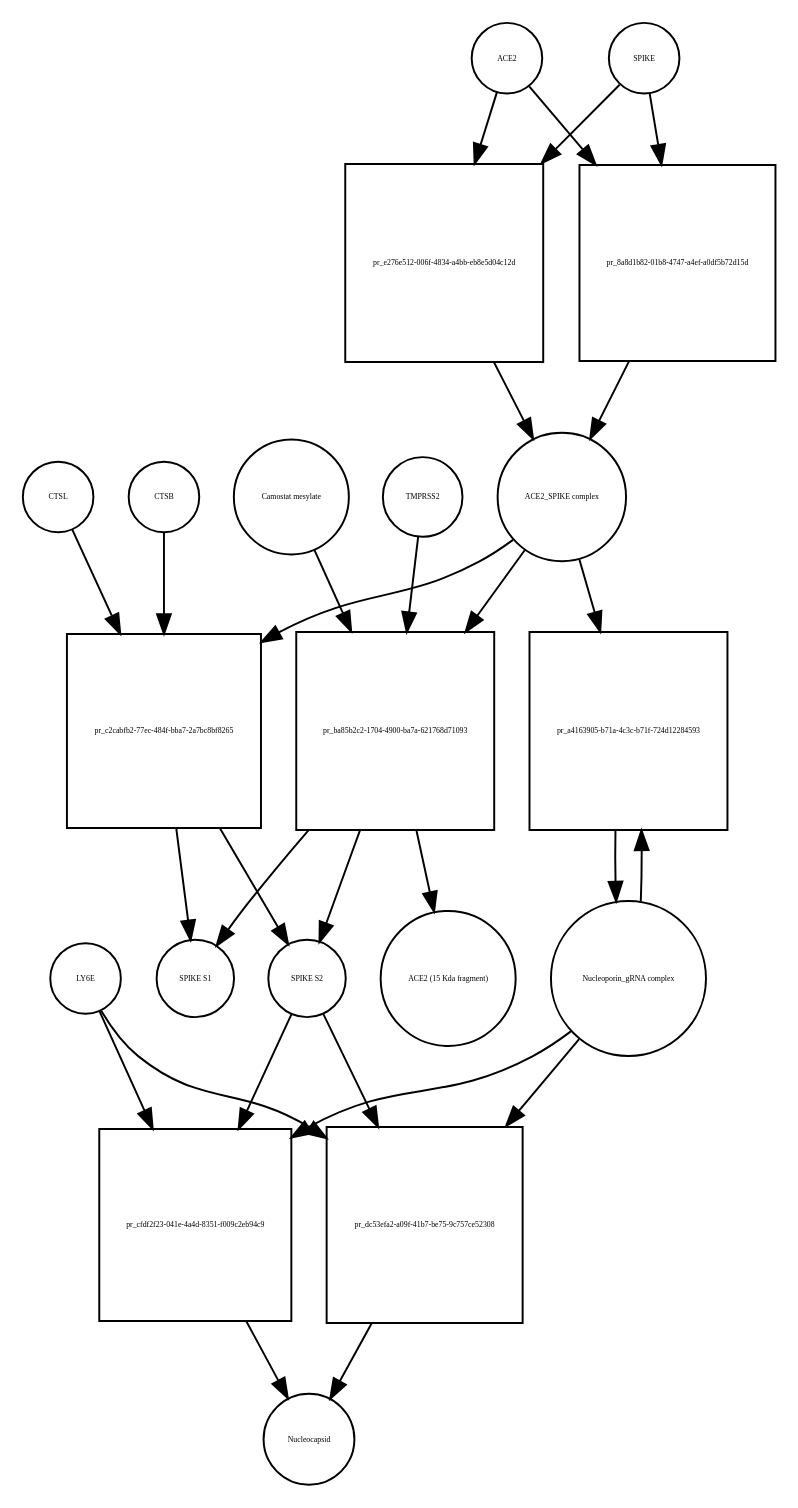
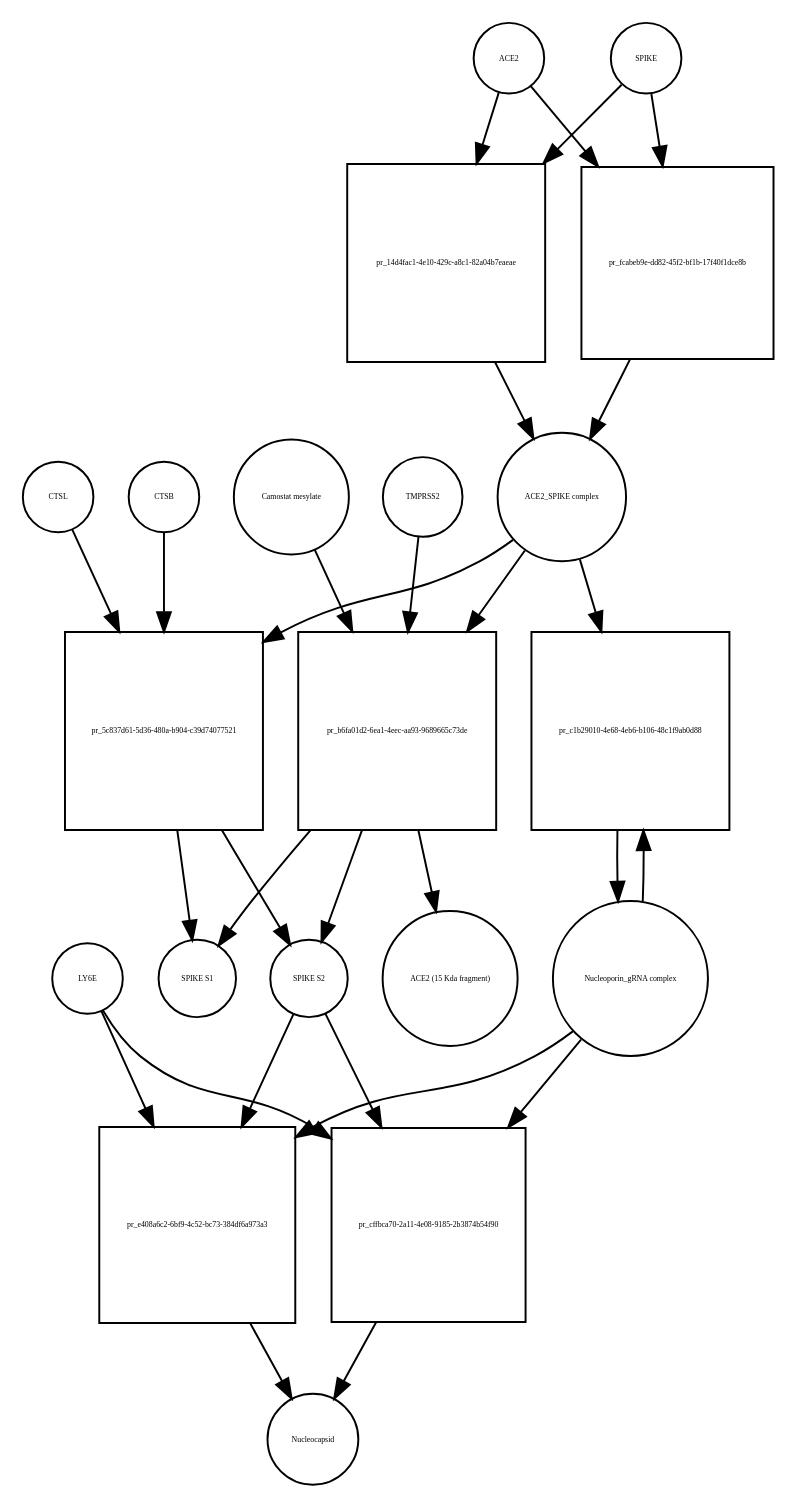
One commit to cannin/covid19-sbgn changed the diagram in Virus_replication_cycle_V01.xml_bipartite.dot. Above: the diagram before and after it, drawn with Graphviz. The commit also changed 572 other files, not shown here.

```diff
--- a/Virus_replication_cycle_V01.xml_bipartite.dot
+++ b/Virus_replication_cycle_V01.xml_bipartite.dot
@@ -1,50 +1,50 @@
 strict digraph  {
 ACE2 [annotation="", bipartite=0, cls=macromolecule, fontsize=4, label=ACE2, shape=circle];
-"pr_e276e512-006f-4834-a4bb-eb8e5d04c12d" [annotation="", bipartite=1, cls=process, fontsize=4, label="pr_e276e512-006f-4834-a4bb-eb8e5d04c12d", shape=square];
+"pr_14d4fac1-4e10-429c-a8c1-82a04b7eaeae" [annotation="", bipartite=1, cls=process, fontsize=4, label="pr_14d4fac1-4e10-429c-a8c1-82a04b7eaeae", shape=square];
 "ACE2_SPIKE complex" [annotation="", bipartite=0, cls=complex, fontsize=4, label="ACE2_SPIKE complex", shape=circle];
 SPIKE [annotation="", bipartite=0, cls="macromolecule multimer", fontsize=4, label=SPIKE, shape=circle];
 "Nucleoporin_gRNA complex " [annotation="", bipartite=0, cls=complex, fontsize=4, label="Nucleoporin_gRNA complex ", shape=circle];
-"pr_a4163905-b71a-4c3c-b71f-724d12284593" [annotation="", bipartite=1, cls=process, fontsize=4, label="pr_a4163905-b71a-4c3c-b71f-724d12284593", shape=square];
-"pr_c2cabfb2-77ec-484f-bba7-2a7bc8bf8265" [annotation="", bipartite=1, cls=process, fontsize=4, label="pr_c2cabfb2-77ec-484f-bba7-2a7bc8bf8265", shape=square];
+"pr_c1b29010-4e68-4eb6-b106-48c1f9ab0d88" [annotation="", bipartite=1, cls=process, fontsize=4, label="pr_c1b29010-4e68-4eb6-b106-48c1f9ab0d88", shape=square];
+"pr_5c837d61-5d36-480a-b904-c39d74077521" [annotation="", bipartite=1, cls=process, fontsize=4, label="pr_5c837d61-5d36-480a-b904-c39d74077521", shape=square];
 "SPIKE S2" [annotation="", bipartite=0, cls=macromolecule, fontsize=4, label="SPIKE S2", shape=circle];
 CTSB [annotation="", bipartite=0, cls=macromolecule, fontsize=4, label=CTSB, shape=circle];
 CTSL [annotation="", bipartite=0, cls=macromolecule, fontsize=4, label=CTSL, shape=circle];
 "SPIKE S1" [annotation="", bipartite=0, cls=macromolecule, fontsize=4, label="SPIKE S1", shape=circle];
-"pr_cfdf2f23-041e-4a4d-8351-f009c2eb94c9" [annotation="", bipartite=1, cls=process, fontsize=4, label="pr_cfdf2f23-041e-4a4d-8351-f009c2eb94c9", shape=square];
+"pr_e408a6c2-6bf9-4c52-bc73-384df6a973a3" [annotation="", bipartite=1, cls=process, fontsize=4, label="pr_e408a6c2-6bf9-4c52-bc73-384df6a973a3", shape=square];
 Nucleocapsid [annotation="", bipartite=0, cls=complex, fontsize=4, label=Nucleocapsid, shape=circle];
 LY6E [annotation="", bipartite=0, cls=macromolecule, fontsize=4, label=LY6E, shape=circle];
-"pr_ba85b2c2-1704-4900-ba7a-621768d71093" [annotation="", bipartite=1, cls=process, fontsize=4, label="pr_ba85b2c2-1704-4900-ba7a-621768d71093", shape=square];
+"pr_b6fa01d2-6ea1-4eec-aa93-9689665c73de" [annotation="", bipartite=1, cls=process, fontsize=4, label="pr_b6fa01d2-6ea1-4eec-aa93-9689665c73de", shape=square];
 TMPRSS2 [annotation="", bipartite=0, cls=macromolecule, fontsize=4, label=TMPRSS2, shape=circle];
 "Camostat mesylate" [annotation="urn_miriam_pubchem.compound_2536", bipartite=0, cls="simple chemical", fontsize=4, label="Camostat mesylate", shape=circle];
 "ACE2 (15 Kda fragment)" [annotation="", bipartite=0, cls=macromolecule, fontsize=4, label="ACE2 (15 Kda fragment)", shape=circle];
-"pr_8a8d1b82-01b8-4747-a4ef-a0df5b72d15d" [annotation="", bipartite=1, cls=process, fontsize=4, label="pr_8a8d1b82-01b8-4747-a4ef-a0df5b72d15d", shape=square];
-"pr_dc53efa2-a09f-41b7-be75-9c757ce52308" [annotation="", bipartite=1, cls=process, fontsize=4, label="pr_dc53efa2-a09f-41b7-be75-9c757ce52308", shape=square];
-ACE2 -> "pr_e276e512-006f-4834-a4bb-eb8e5d04c12d"  [annotation="", interaction_type=consumption];
-ACE2 -> "pr_8a8d1b82-01b8-4747-a4ef-a0df5b72d15d"  [annotation="", interaction_type=consumption];
-"pr_e276e512-006f-4834-a4bb-eb8e5d04c12d" -> "ACE2_SPIKE complex"  [annotation="", interaction_type=production];
-"ACE2_SPIKE complex" -> "pr_a4163905-b71a-4c3c-b71f-724d12284593"  [annotation="urn_miriam_pubmed_32142651|urn_miriam_pubmed_32094589", interaction_type=stimulation];
-"ACE2_SPIKE complex" -> "pr_c2cabfb2-77ec-484f-bba7-2a7bc8bf8265"  [annotation="", interaction_type=consumption];
-"ACE2_SPIKE complex" -> "pr_ba85b2c2-1704-4900-ba7a-621768d71093"  [annotation="", interaction_type=consumption];
-SPIKE -> "pr_e276e512-006f-4834-a4bb-eb8e5d04c12d"  [annotation="", interaction_type=consumption];
-SPIKE -> "pr_8a8d1b82-01b8-4747-a4ef-a0df5b72d15d"  [annotation="", interaction_type=consumption];
-"Nucleoporin_gRNA complex " -> "pr_a4163905-b71a-4c3c-b71f-724d12284593"  [annotation="", interaction_type=consumption];
-"Nucleoporin_gRNA complex " -> "pr_cfdf2f23-041e-4a4d-8351-f009c2eb94c9"  [annotation="", interaction_type=consumption];
-"Nucleoporin_gRNA complex " -> "pr_dc53efa2-a09f-41b7-be75-9c757ce52308"  [annotation="", interaction_type=consumption];
-"pr_a4163905-b71a-4c3c-b71f-724d12284593" -> "Nucleoporin_gRNA complex "  [annotation="", interaction_type=production];
-"pr_c2cabfb2-77ec-484f-bba7-2a7bc8bf8265" -> "SPIKE S2"  [annotation="", interaction_type=production];
-"pr_c2cabfb2-77ec-484f-bba7-2a7bc8bf8265" -> "SPIKE S1"  [annotation="", interaction_type=production];
-"SPIKE S2" -> "pr_cfdf2f23-041e-4a4d-8351-f009c2eb94c9"  [annotation="urn_miriam_doi_10.1101%2F2020.03.05.979260|urn_miriam_pubmed_32142651|urn_miriam_pubmed_32094589", interaction_type=stimulation];
-"SPIKE S2" -> "pr_dc53efa2-a09f-41b7-be75-9c757ce52308"  [annotation="urn_miriam_doi_10.1101%2F2020.03.05.979260", interaction_type=stimulation];
-CTSB -> "pr_c2cabfb2-77ec-484f-bba7-2a7bc8bf8265"  [annotation=urn_miriam_pubmed_32142651, interaction_type=catalysis];
-CTSL -> "pr_c2cabfb2-77ec-484f-bba7-2a7bc8bf8265"  [annotation=urn_miriam_pubmed_32142651, interaction_type=catalysis];
-"pr_cfdf2f23-041e-4a4d-8351-f009c2eb94c9" -> Nucleocapsid  [annotation="", interaction_type=production];
-LY6E -> "pr_cfdf2f23-041e-4a4d-8351-f009c2eb94c9"  [annotation="urn_miriam_doi_10.1101%2F2020.03.05.979260|urn_miriam_pubmed_32142651|urn_miriam_pubmed_32094589", interaction_type=inhibition];
-LY6E -> "pr_dc53efa2-a09f-41b7-be75-9c757ce52308"  [annotation="urn_miriam_doi_10.1101%2F2020.03.05.979260", interaction_type=inhibition];
-"pr_ba85b2c2-1704-4900-ba7a-621768d71093" -> "SPIKE S2"  [annotation="", interaction_type=production];
-"pr_ba85b2c2-1704-4900-ba7a-621768d71093" -> "SPIKE S1"  [annotation="", interaction_type=production];
-"pr_ba85b2c2-1704-4900-ba7a-621768d71093" -> "ACE2 (15 Kda fragment)"  [annotation="", interaction_type=production];
-TMPRSS2 -> "pr_ba85b2c2-1704-4900-ba7a-621768d71093"  [annotation="urn_miriam_pubmed_32142651|urn_miriam_pubmed_32094589|urn_miriam_pubmed_24227843", interaction_type=catalysis];
-"Camostat mesylate" -> "pr_ba85b2c2-1704-4900-ba7a-621768d71093"  [annotation="urn_miriam_pubmed_32142651|urn_miriam_pubmed_32094589|urn_miriam_pubmed_24227843", interaction_type=inhibition];
-"pr_8a8d1b82-01b8-4747-a4ef-a0df5b72d15d" -> "ACE2_SPIKE complex"  [annotation="", interaction_type=production];
-"pr_dc53efa2-a09f-41b7-be75-9c757ce52308" -> Nucleocapsid  [annotation="", interaction_type=production];
+"pr_fcabeb9e-dd82-45f2-bf1b-17f40f1dce8b" [annotation="", bipartite=1, cls=process, fontsize=4, label="pr_fcabeb9e-dd82-45f2-bf1b-17f40f1dce8b", shape=square];
+"pr_cffbca70-2a11-4e08-9185-2b3874b54f90" [annotation="", bipartite=1, cls=process, fontsize=4, label="pr_cffbca70-2a11-4e08-9185-2b3874b54f90", shape=square];
+ACE2 -> "pr_14d4fac1-4e10-429c-a8c1-82a04b7eaeae"  [annotation="", interaction_type=consumption];
+ACE2 -> "pr_fcabeb9e-dd82-45f2-bf1b-17f40f1dce8b"  [annotation="", interaction_type=consumption];
+"pr_14d4fac1-4e10-429c-a8c1-82a04b7eaeae" -> "ACE2_SPIKE complex"  [annotation="", interaction_type=production];
+"ACE2_SPIKE complex" -> "pr_c1b29010-4e68-4eb6-b106-48c1f9ab0d88"  [annotation="urn_miriam_pubmed_32142651|urn_miriam_pubmed_32094589", interaction_type=stimulation];
+"ACE2_SPIKE complex" -> "pr_5c837d61-5d36-480a-b904-c39d74077521"  [annotation="", interaction_type=consumption];
+"ACE2_SPIKE complex" -> "pr_b6fa01d2-6ea1-4eec-aa93-9689665c73de"  [annotation="", interaction_type=consumption];
+SPIKE -> "pr_14d4fac1-4e10-429c-a8c1-82a04b7eaeae"  [annotation="", interaction_type=consumption];
+SPIKE -> "pr_fcabeb9e-dd82-45f2-bf1b-17f40f1dce8b"  [annotation="", interaction_type=consumption];
+"Nucleoporin_gRNA complex " -> "pr_c1b29010-4e68-4eb6-b106-48c1f9ab0d88"  [annotation="", interaction_type=consumption];
+"Nucleoporin_gRNA complex " -> "pr_e408a6c2-6bf9-4c52-bc73-384df6a973a3"  [annotation="", interaction_type=consumption];
+"Nucleoporin_gRNA complex " -> "pr_cffbca70-2a11-4e08-9185-2b3874b54f90"  [annotation="", interaction_type=consumption];
+"pr_c1b29010-4e68-4eb6-b106-48c1f9ab0d88" -> "Nucleoporin_gRNA complex "  [annotation="", interaction_type=production];
+"pr_5c837d61-5d36-480a-b904-c39d74077521" -> "SPIKE S2"  [annotation="", interaction_type=production];
+"pr_5c837d61-5d36-480a-b904-c39d74077521" -> "SPIKE S1"  [annotation="", interaction_type=production];
+"SPIKE S2" -> "pr_e408a6c2-6bf9-4c52-bc73-384df6a973a3"  [annotation="urn_miriam_doi_10.1101%2F2020.03.05.979260|urn_miriam_pubmed_32142651|urn_miriam_pubmed_32094589", interaction_type=stimulation];
+"SPIKE S2" -> "pr_cffbca70-2a11-4e08-9185-2b3874b54f90"  [annotation="urn_miriam_doi_10.1101%2F2020.03.05.979260", interaction_type=stimulation];
+CTSB -> "pr_5c837d61-5d36-480a-b904-c39d74077521"  [annotation=urn_miriam_pubmed_32142651, interaction_type=catalysis];
+CTSL -> "pr_5c837d61-5d36-480a-b904-c39d74077521"  [annotation=urn_miriam_pubmed_32142651, interaction_type=catalysis];
+"pr_e408a6c2-6bf9-4c52-bc73-384df6a973a3" -> Nucleocapsid  [annotation="", interaction_type=production];
+LY6E -> "pr_e408a6c2-6bf9-4c52-bc73-384df6a973a3"  [annotation="urn_miriam_doi_10.1101%2F2020.03.05.979260|urn_miriam_pubmed_32142651|urn_miriam_pubmed_32094589", interaction_type=inhibition];
+LY6E -> "pr_cffbca70-2a11-4e08-9185-2b3874b54f90"  [annotation="urn_miriam_doi_10.1101%2F2020.03.05.979260", interaction_type=inhibition];
+"pr_b6fa01d2-6ea1-4eec-aa93-9689665c73de" -> "SPIKE S2"  [annotation="", interaction_type=production];
+"pr_b6fa01d2-6ea1-4eec-aa93-9689665c73de" -> "SPIKE S1"  [annotation="", interaction_type=production];
+"pr_b6fa01d2-6ea1-4eec-aa93-9689665c73de" -> "ACE2 (15 Kda fragment)"  [annotation="", interaction_type=production];
+TMPRSS2 -> "pr_b6fa01d2-6ea1-4eec-aa93-9689665c73de"  [annotation="urn_miriam_pubmed_32142651|urn_miriam_pubmed_32094589|urn_miriam_pubmed_24227843", interaction_type=catalysis];
+"Camostat mesylate" -> "pr_b6fa01d2-6ea1-4eec-aa93-9689665c73de"  [annotation="urn_miriam_pubmed_32142651|urn_miriam_pubmed_32094589|urn_miriam_pubmed_24227843", interaction_type=inhibition];
+"pr_fcabeb9e-dd82-45f2-bf1b-17f40f1dce8b" -> "ACE2_SPIKE complex"  [annotation="", interaction_type=production];
+"pr_cffbca70-2a11-4e08-9185-2b3874b54f90" -> Nucleocapsid  [annotation="", interaction_type=production];
 }
```
